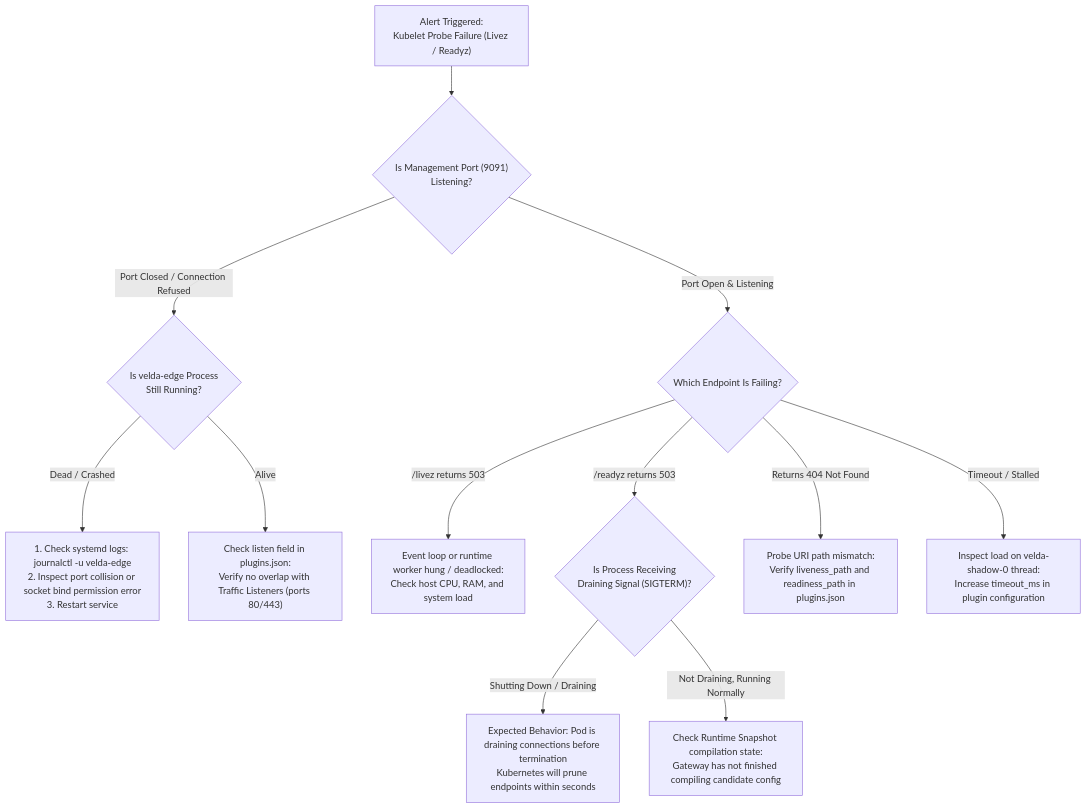
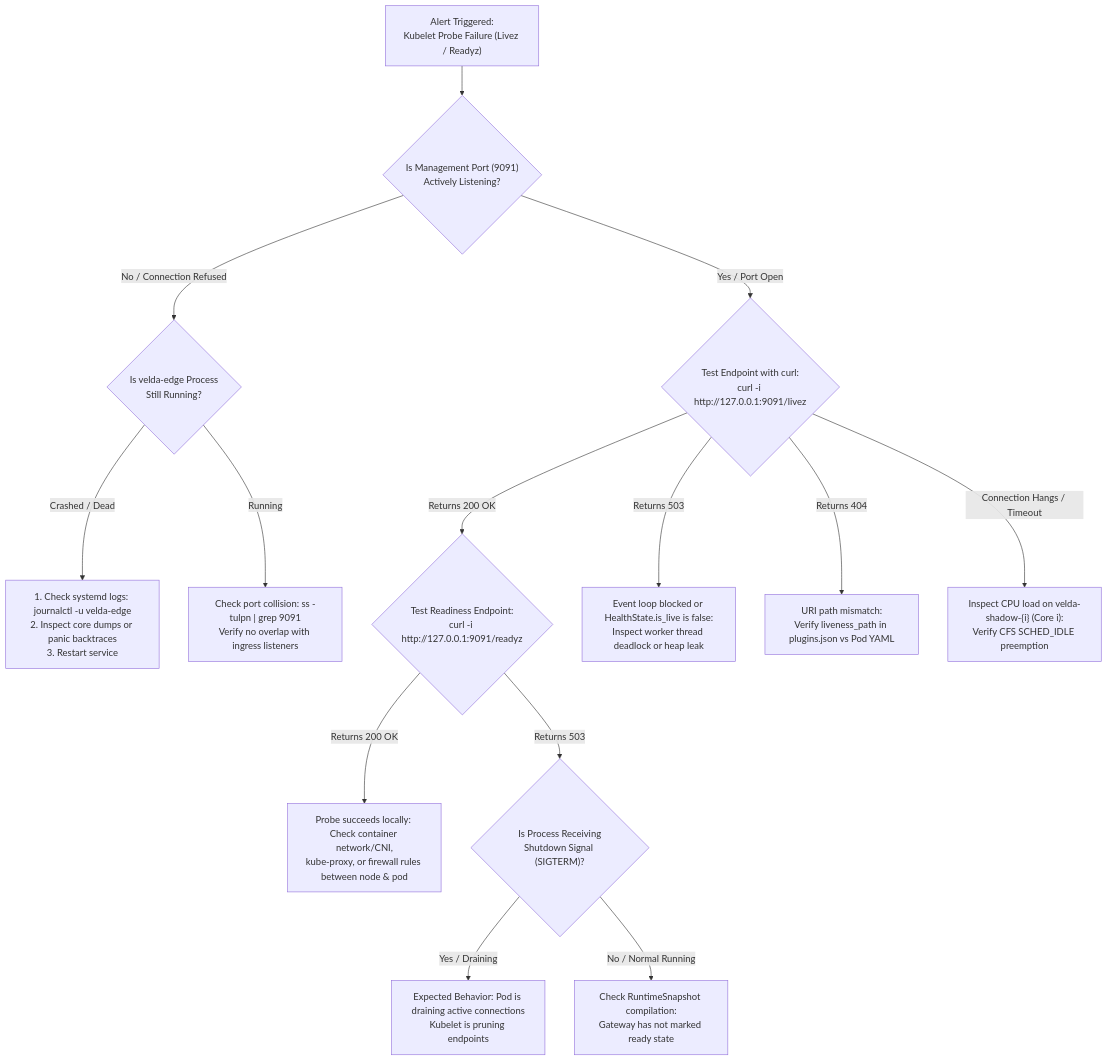
The diagram in crates/velda-plugin/src/background/health_probe/RUNBOOK.md (phucle996/velda-edge), drawn with Mermaid before and after one commit. The commit also changed other lines of this file and 68 other files, not shown here.

First line of the commit message:
refactor(plugin): prune obsolete test harnesses and standardize benchmark docs

````diff
--- a/crates/velda-plugin/src/background/health_probe/RUNBOOK.md
+++ b/crates/velda-plugin/src/background/health_probe/RUNBOOK.md
@@ -20,19 +116,21 @@
 ```mermaid
 flowchart TD
-    Alert["Alert Triggered:\nKubelet Probe Failure (Livez / Readyz)"] --> CheckPort{"Is Management Port (9091)\nListening?"}
+    Alert["Alert Triggered:\nKubelet Probe Failure (Livez / Readyz)"] --> CheckPort{"Is Management Port (9091)\nActively Listening?"}
     
-    CheckPort -->|Port Closed / Connection Refused| CheckProc{"Is velda-edge Process\nStill Running?"}
-    CheckProc -->|Dead / Crashed| ActionCrash["1. Check systemd logs: journalctl -u velda-edge\n2. Inspect port collision or socket bind permission error\n3. Restart service"]
-    CheckProc -->|Alive| ActionPort["Check listen field in plugins.json:\nVerify no overlap with Traffic Listeners (ports 80/443)"]
+    CheckPort -->|No / Connection Refused| CheckProc{"Is velda-edge Process\nStill Running?"}
+    CheckProc -->|Crashed / Dead| ActionCrash["1. Check systemd logs: journalctl -u velda-edge\n2. Inspect core dumps or panic backtraces\n3. Restart service"]
+    CheckProc -->|Running| ActionConflict["Check port collision: ss -tulpn | grep 9091\nVerify no overlap with ingress listeners"]
 
-    CheckPort -->|Port Open & Listening| TestEndpoint{"Which Endpoint Is Failing?"}
+    CheckPort -->|Yes / Port Open| TestProbe{"Test Endpoint with curl:\ncurl -i http://127.0.0.1:9091/livez"}
     
-    TestEndpoint -->|/livez returns 503| ActionLive["Event loop or runtime worker hung / deadlocked:\nCheck host CPU, RAM, and system load"]
-    TestEndpoint -->|/readyz returns 503| CheckDraining{"Is Process Receiving\nDraining Signal (SIGTERM)?"}
+    TestProbe -->|Returns 200 OK| CheckReady{"Test Readiness Endpoint:\ncurl -i http://127.0.0.1:9091/readyz"}
+    TestProbe -->|Returns 503| ActionDeadlock["Event loop blocked or HealthState.is_live is false:\nInspect worker thread deadlock or heap leak"]
+    TestProbe -->|Returns 404| ActionPath["URI path mismatch:\nVerify liveness_path in plugins.json vs Pod YAML"]
+    TestProbe -->|Connection Hangs / Timeout| ActionStarve["Inspect CPU load on velda-shadow-{i} (Core i):\nVerify CFS SCHED_IDLE preemption"]
+
+    CheckReady -->|Returns 200 OK| ActionNetwork["Probe succeeds locally: Check container network/CNI,\nkube-proxy, or firewall rules between node & pod"]
+    CheckReady -->|Returns 503| CheckDraining{"Is Process Receiving\nShutdown Signal (SIGTERM)?"}
     
-    CheckDraining -->|Shutting Down / Draining| ExpectedBehavior["Expected Behavior: Pod is draining connections before termination\nKubernetes will prune endpoints within seconds"]
-    CheckDraining -->|Not Draining, Running Normally| ActionReady["Check Runtime Snapshot compilation state:\nGateway has not finished compiling candidate config"]
-
-    TestEndpoint -->|Returns 404 Not Found| ActionPath["Probe URI path mismatch:\nVerify liveness_path and readiness_path in plugins.json"]
-    TestEndpoint -->|Timeout / Stalled| ActionTimeout["Inspect load on velda-shadow-0 thread:\nIncrease timeout_ms in plugin configuration"]
+    CheckDraining -->|Yes / Draining| ExpectedDraining["Expected Behavior: Pod is draining active connections\nKubelet is pruning endpoints"]
+    CheckDraining -->|No / Normal Running| ActionLKG["Check RuntimeSnapshot compilation:\nGateway has not marked ready state"]
 ```
````
